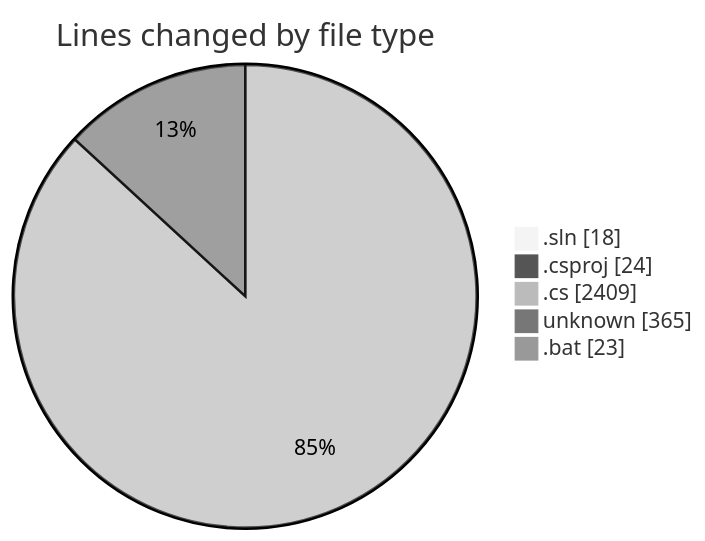
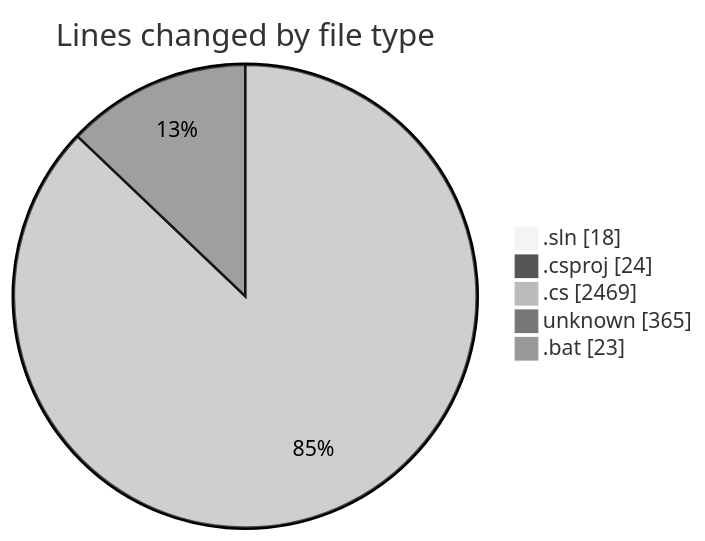
One commit to lephambinh05/code-tracking changed the first of 2 diagrams in 2025-07-19/reggarena/README.md. Above: the diagram before and after it, drawn with Mermaid (neutral theme). The commit also changed other lines of this file and 1 other file, not shown here.

````diff
--- a/2025-07-19/reggarena/README.md
+++ b/2025-07-19/reggarena/README.md
@@ -33,9 +34,9 @@
 ```mermaid
 pie showData
 title Lines changed by file type
 ".sln" : 18
 ".csproj" : 24
-".cs" : 2409
+".cs" : 2469
 "unknown" : 365
 ".bat" : 23
 ```
````
